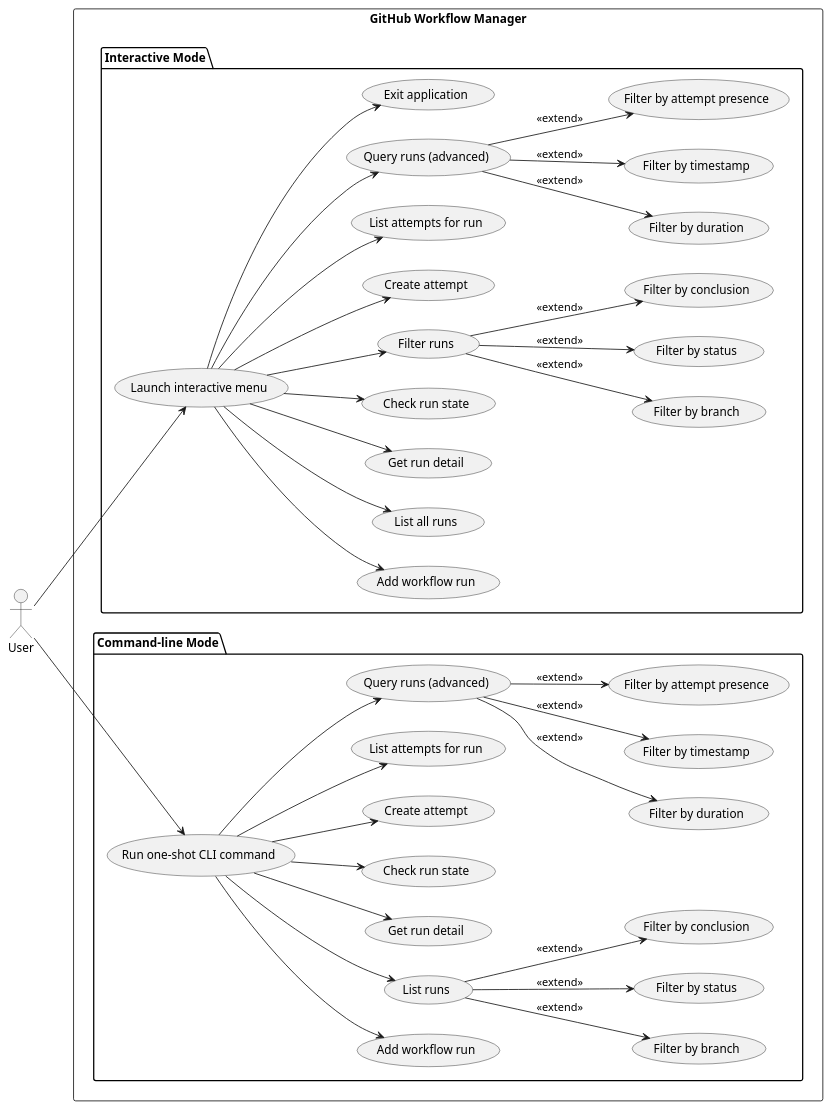
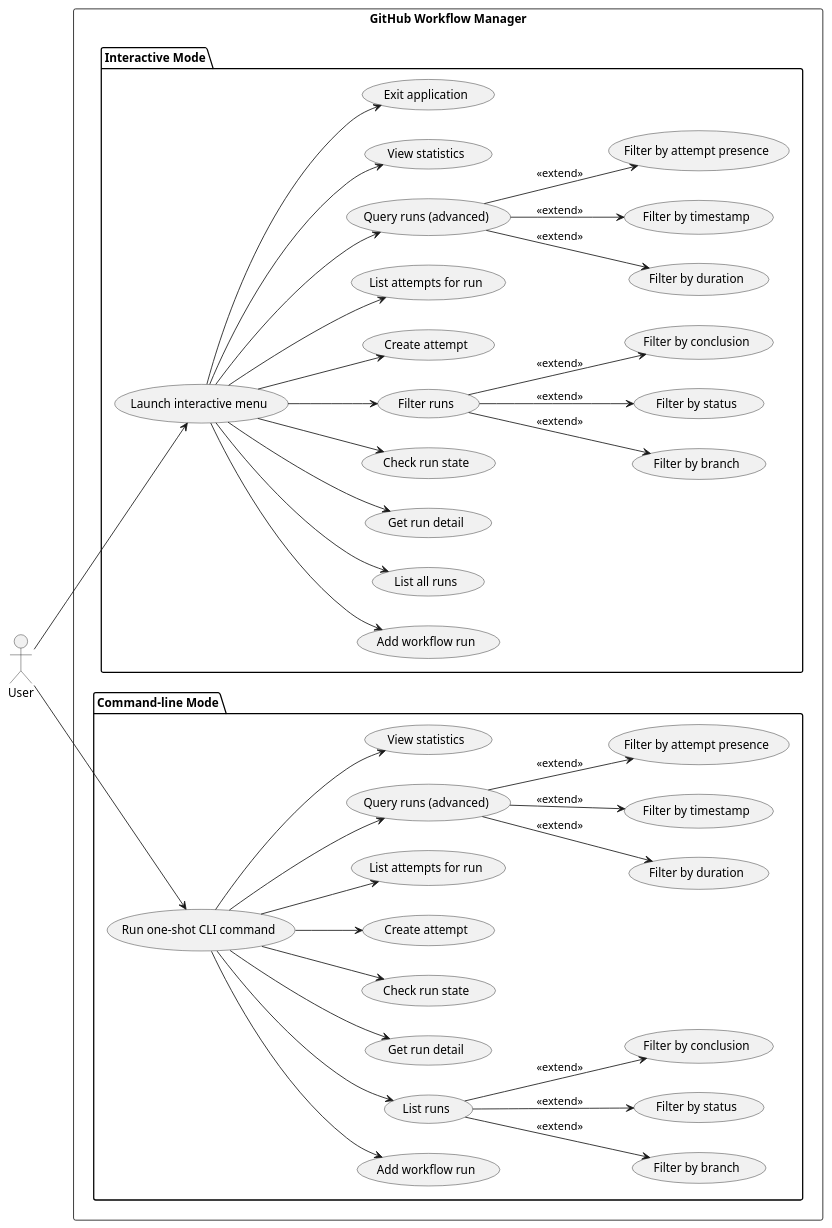
The diagram in experiments/broadcast/user_stories/github-workflow-manager/artifacts/use_case_diagram.puml (DanielRiha8906/Software_autoevolution_using_agents), drawn with PlantUML before and after one commit. The commit also changed 10 other files, not shown here.

```diff
--- a/experiments/broadcast/user_stories/github-workflow-manager/artifacts/use_case_diagram.puml
+++ b/experiments/broadcast/user_stories/github-workflow-manager/artifacts/use_case_diagram.puml
@@ -1,83 +1,87 @@
 @startuml use_case_diagram
 
 left to right direction
 
 actor User
 
 rectangle "GitHub Workflow Manager" {
 
   package "Interactive Mode" {
     usecase "Launch interactive menu"  as UI
     usecase "Add workflow run"         as I_ADD
     usecase "List all runs"            as I_LIST
     usecase "Get run detail"           as I_DETAIL
     usecase "Check run state"          as I_STATE
     usecase "Filter runs"              as I_FILTER
     usecase "Filter by branch"         as I_FBRANCH
     usecase "Filter by status"         as I_FSTATUS
     usecase "Filter by conclusion"     as I_FCONCL
     usecase "Create attempt"           as I_CREATE_ATT
     usecase "List attempts for run"    as I_LIST_ATT
     usecase "Query runs (advanced)"    as I_QUERY
     usecase "Filter by duration"       as I_FDUR
     usecase "Filter by timestamp"      as I_FTSMP
     usecase "Filter by attempt presence" as I_FATT
+    usecase "View statistics"          as I_STATS
     usecase "Exit application"         as I_EXIT
   }
 
   package "Command-line Mode" {
     usecase "Run one-shot CLI command" as CLI
     usecase "Add workflow run"         as C_ADD
     usecase "List runs"                as C_LIST
     usecase "Get run detail"           as C_DETAIL
     usecase "Check run state"          as C_STATE
     usecase "Filter by branch"         as C_FBRANCH
     usecase "Filter by status"         as C_FSTATUS
     usecase "Filter by conclusion"     as C_FCONCL
     usecase "Create attempt"           as C_CREATE_ATT
     usecase "List attempts for run"    as C_LIST_ATT
     usecase "Query runs (advanced)"    as C_QUERY
     usecase "Filter by duration"       as C_FDUR
     usecase "Filter by timestamp"      as C_FTSMP
     usecase "Filter by attempt presence" as C_FATT
+    usecase "View statistics"          as C_STATS
   }
 }
 
 User --> UI
 User --> CLI
 
 UI --> I_ADD
 UI --> I_LIST
 UI --> I_DETAIL
 UI --> I_STATE
 UI --> I_FILTER
 UI --> I_CREATE_ATT
 UI --> I_LIST_ATT
 UI --> I_QUERY
+UI --> I_STATS
 UI --> I_EXIT
 
 I_FILTER --> I_FBRANCH  : <<extend>>
 I_FILTER --> I_FSTATUS  : <<extend>>
 I_FILTER --> I_FCONCL   : <<extend>>
 
 I_QUERY --> I_FDUR  : <<extend>>
 I_QUERY --> I_FTSMP  : <<extend>>
 I_QUERY --> I_FATT  : <<extend>>
 
 CLI --> C_ADD
 CLI --> C_LIST
 CLI --> C_DETAIL
 CLI --> C_STATE
 CLI --> C_CREATE_ATT
 CLI --> C_LIST_ATT
 CLI --> C_QUERY
+CLI --> C_STATS
 
 C_LIST --> C_FBRANCH  : <<extend>>
 C_LIST --> C_FSTATUS  : <<extend>>
 C_LIST --> C_FCONCL   : <<extend>>
 
 C_QUERY --> C_FDUR  : <<extend>>
 C_QUERY --> C_FTSMP  : <<extend>>
 C_QUERY --> C_FATT  : <<extend>>
 
 @enduml
```
